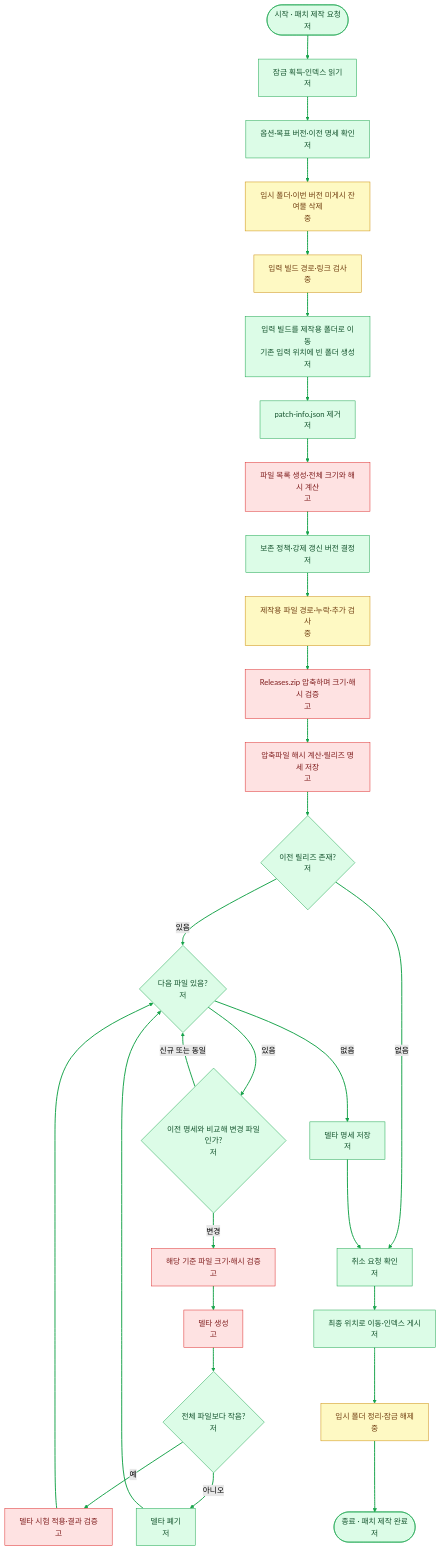
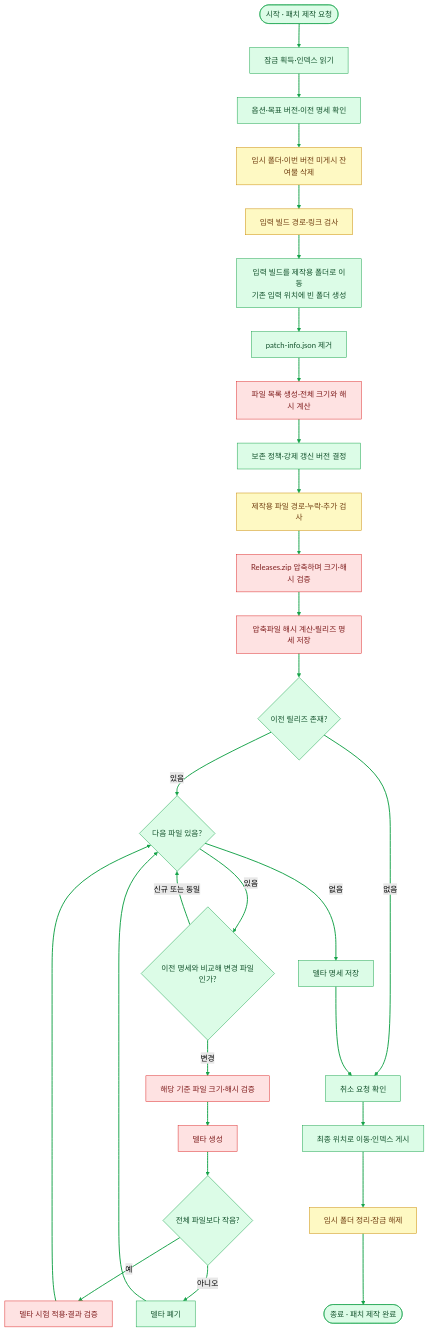
The second of 8 diagrams in skills/algorithm-flowchart/references/examples.md (ParkMinDev/AgentSkills), drawn with Mermaid (forest theme) before and after one commit. The commit also changed other lines of this file and 2 other files, not shown here.

Commit message:
Improve flowchart function titles and visibility notation

````diff
--- a/skills/algorithm-flowchart/references/examples.md
+++ b/skills/algorithm-flowchart/references/examples.md
@@ -29,38 +29,38 @@
 ```mermaid
 flowchart TD
-    START(["시작 · 패치 제작 요청<br/>저"]) --> A
-    A["잠금 획득·인덱스 읽기<br/>저"] --> B["옵션·목표 버전·이전 명세 확인<br/>저"]
-    B --> C["임시 폴더·이번 버전 미게시 잔여물 삭제<br/>중"]
-    C --> D["입력 빌드 경로·링크 검사<br/>중"]
-    D --> E["입력 빌드를 제작용 폴더로 이동<br/>기존 입력 위치에 빈 폴더 생성<br/>저"]
-    E --> F["patch-info.json 제거<br/>저"]
-    F --> G["파일 목록 생성·전체 크기와 해시 계산<br/>고"]
-    G --> H["보존 정책·강제 갱신 버전 결정<br/>저"]
-    H --> I["제작용 파일 경로·누락·추가 검사<br/>중"]
-    I --> J["Releases.zip 압축하며 크기·해시 검증<br/>고"]
-    J --> K["압축파일 해시 계산·릴리즈 명세 저장<br/>고"]
-    K --> L{"이전 릴리즈 존재?<br/>저"}
-    L -->|있음| M{"다음 파일 있음?<br/>저"}
-    M -->|있음| N{"이전 명세와 비교해 변경 파일인가?<br/>저"}
+    START(["시작 · 패치 제작 요청"]) --> A
+    A["잠금 획득·인덱스 읽기"] --> B["옵션·목표 버전·이전 명세 확인"]
+    B --> C["임시 폴더·이번 버전 미게시 잔여물 삭제"]
+    C --> D["입력 빌드 경로·링크 검사"]
+    D --> E["입력 빌드를 제작용 폴더로 이동<br/>기존 입력 위치에 빈 폴더 생성"]
+    E --> F["patch-info.json 제거"]
+    F --> G["파일 목록 생성·전체 크기와 해시 계산"]
+    G --> H["보존 정책·강제 갱신 버전 결정"]
+    H --> I["제작용 파일 경로·누락·추가 검사"]
+    I --> J["Releases.zip 압축하며 크기·해시 검증"]
+    J --> K["압축파일 해시 계산·릴리즈 명세 저장"]
+    K --> L{"이전 릴리즈 존재?"}
+    L -->|있음| M{"다음 파일 있음?"}
+    M -->|있음| N{"이전 명세와 비교해 변경 파일인가?"}
     N -->|신규 또는 동일| M
-    N -->|변경| O["해당 기준 파일 크기·해시 검증<br/>고"]
-    O --> P["델타 생성<br/>고"]
-    P --> Q{"전체 파일보다 작음?<br/>저"}
-    Q -->|예| R["델타 시험 적용·결과 검증<br/>고"]
-    Q -->|아니오| S["델타 폐기<br/>저"]
+    N -->|변경| O["해당 기준 파일 크기·해시 검증"]
+    O --> P["델타 생성"]
+    P --> Q{"전체 파일보다 작음?"}
+    Q -->|예| R["델타 시험 적용·결과 검증"]
+    Q -->|아니오| S["델타 폐기"]
     R --> M
     S --> M
-    M -->|없음| T["델타 명세 저장<br/>저"]
-    L -->|없음| U["취소 요청 확인<br/>저"]
+    M -->|없음| T["델타 명세 저장"]
+    L -->|없음| U["취소 요청 확인"]
     T --> U
-    U --> V["최종 위치로 이동·인덱스 게시<br/>저"]
-    V --> W["임시 폴더 정리·잠금 해제<br/>중"]
-    W --> END(["종료 · 패치 제작 완료<br/>저"])
+    U --> V["최종 위치로 이동·인덱스 게시"]
+    V --> W["임시 폴더 정리·잠금 해제"]
+    W --> END(["종료 · 패치 제작 완료"])
     classDef low fill:#dcfce7,stroke:#16a34a,color:#14532d
     classDef medium fill:#fef9c3,stroke:#ca8a04,color:#713f12
     classDef high fill:#fee2e2,stroke:#dc2626,color:#7f1d1d
     class START,END,A,B,E,F,H,L,M,N,Q,S,T,U,V low
     class C,D,I,W medium
     class G,J,K,O,P,R high
     linkStyle default stroke:#16A34A,stroke-width:2px
 ```
````
